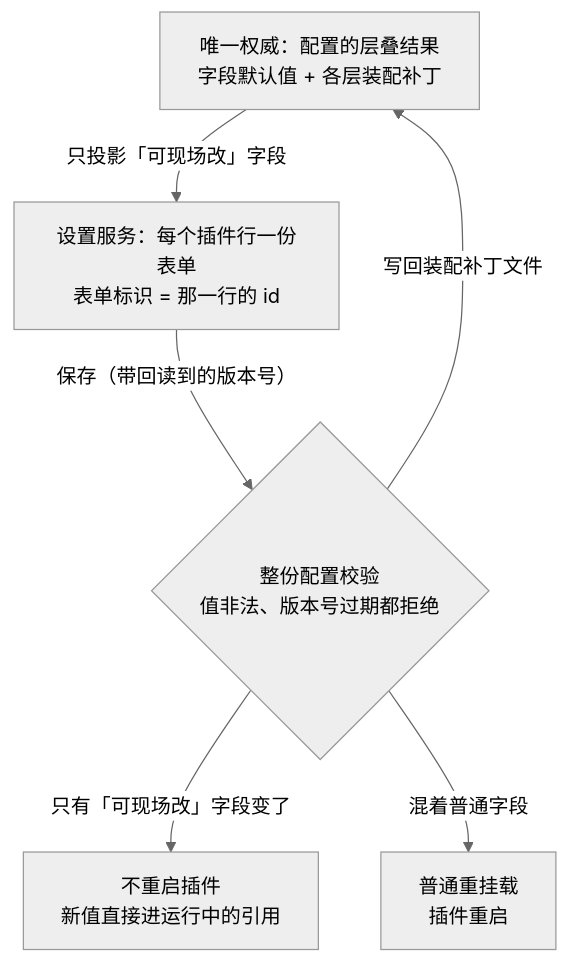
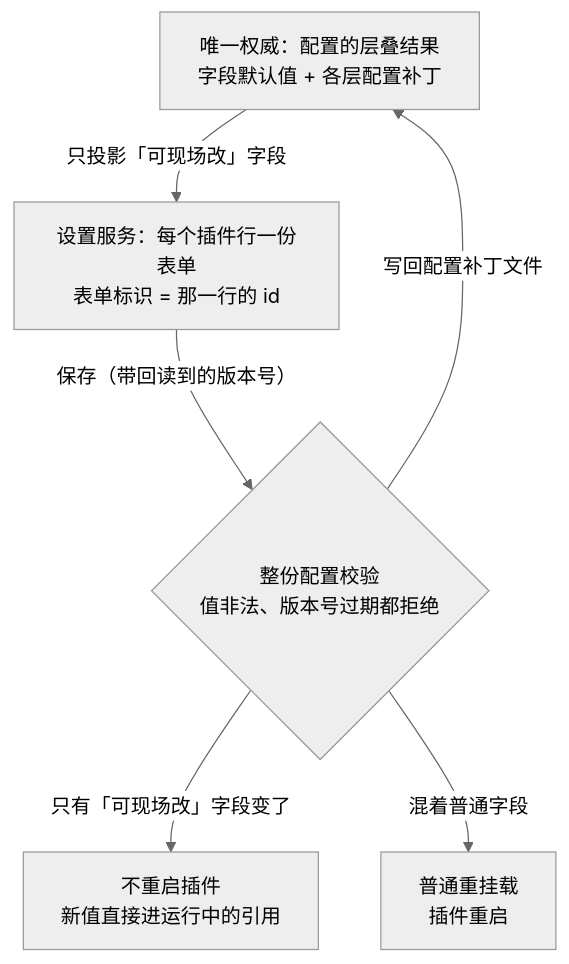
The first of 3 diagrams in dsh 插件开发学习/14-把插件配置搬进设置页.md (anthonyzhao-4926/blog), drawn with Mermaid (neutral theme) before and after one commit. The commit also changed other lines of this file and 53 other files, not shown here.

````diff
--- a/dsh 插件开发学习/14-把插件配置搬进设置页.md
+++ b/dsh 插件开发学习/14-把插件配置搬进设置页.md
@@ -43,8 +43,8 @@
 ```mermaid
 flowchart TD
-    A["唯一权威：配置的层叠结果<br/>字段默认值 + 各层装配补丁"] -->|"只投影「可现场改」字段"| B["设置服务：每个插件行一份表单<br/>表单标识 = 那一行的 id"]
+    A["唯一权威：配置的层叠结果<br/>字段默认值 + 各层配置补丁"] -->|"只投影「可现场改」字段"| B["设置服务：每个插件行一份表单<br/>表单标识 = 那一行的 id"]
     B -->|"保存（带回读到的版本号）"| D{"整份配置校验<br/>值非法、版本号过期都拒绝"}
-    D -->|"写回装配补丁文件"| A
+    D -->|"写回配置补丁文件"| A
     D -->|"只有「可现场改」字段变了"| E["不重启插件<br/>新值直接进运行中的引用"]
     D -->|"混着普通字段"| F["普通重挂载<br/>插件重启"]
 ```
````
